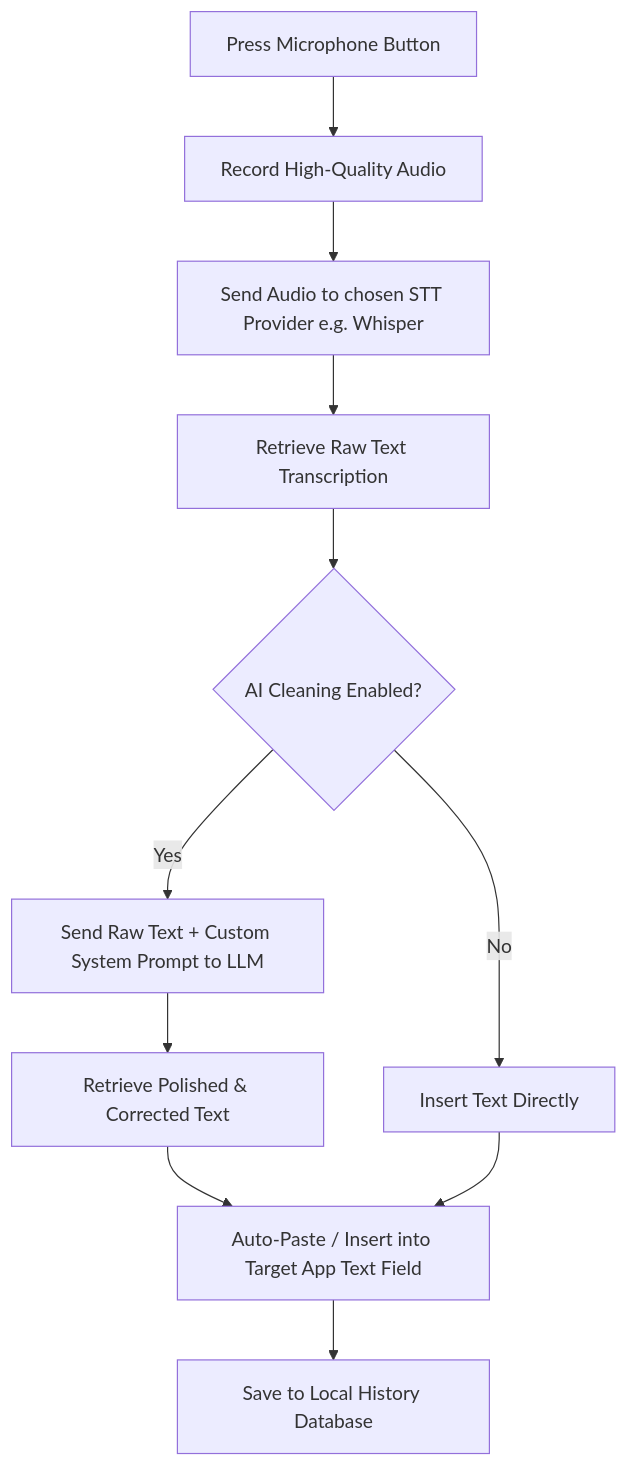
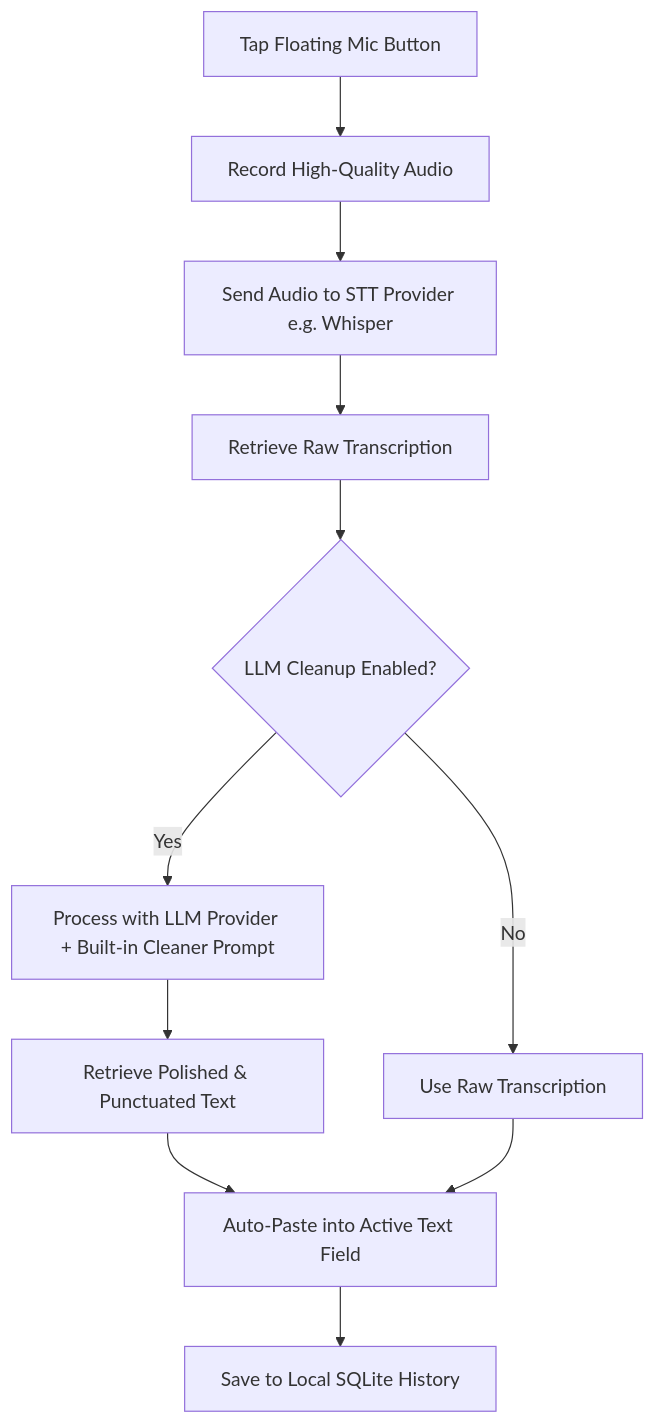
The diagram in README.md (blakejjia/hush-type), drawn with Mermaid before and after one commit. The commit also changed other lines of this file and 5 other files, not shown here.

````diff
--- a/README.md
+++ b/README.md
@@ -54,13 +48,13 @@
 ```mermaid
 graph TD
-    A[Press Microphone Button] --> B[Record High-Quality Audio]
-    B --> C[Send Audio to chosen STT Provider e.g. Whisper]
-    C --> D[Retrieve Raw Text Transcription]
-    D --> E{AI Cleaning Enabled?}
-    E -- Yes --> F[Send Raw Text + Custom System Prompt to LLM]
-    F --> G[Retrieve Polished & Corrected Text]
-    E -- No --> H[Insert Text Directly]
-    G --> I[Auto-Paste / Insert into Target App Text Field]
+    A[Tap Floating Mic Button] --> B[Record High-Quality Audio]
+    B --> C[Send Audio to STT Provider e.g. Whisper]
+    C --> D[Retrieve Raw Transcription]
+    D --> E{LLM Cleanup Enabled?}
+    E -- Yes --> F[Process with LLM Provider + Built-in Cleaner Prompt]
+    F --> G[Retrieve Polished & Punctuated Text]
+    E -- No --> H[Use Raw Transcription]
+    G --> I[Auto-Paste into Active Text Field]
     H --> I
-    I --> J[Save to Local History Database]
+    I --> J[Save to Local SQLite History]
 ```
````
